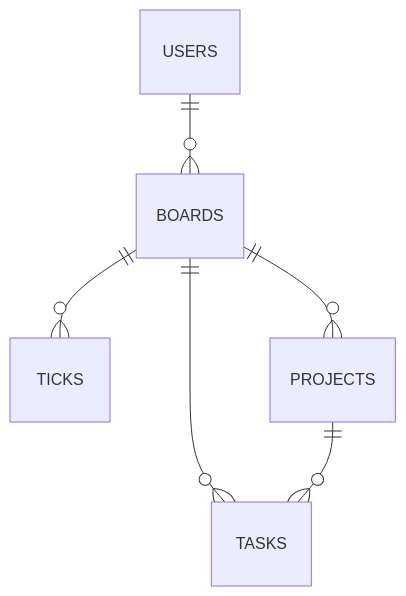
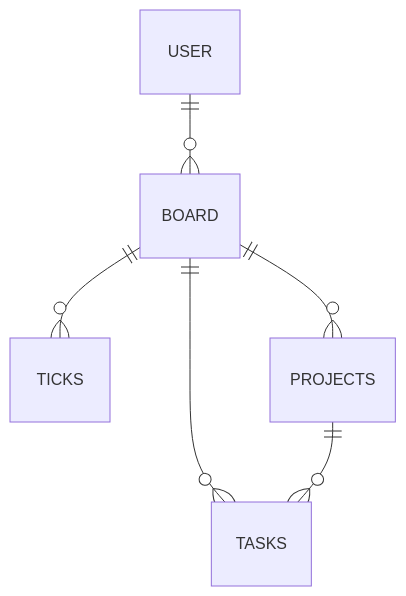
The first of 2 diagrams in README.md (lmckinley09/CoE-Todo), drawn with Mermaid before and after one commit. The commit also changed other lines of this file, not shown here.

````diff
--- a/README.md
+++ b/README.md
@@ -35,8 +35,8 @@
 ```mermaid
 erDiagram
- USERS ||--o{ BOARDS : ""
- BOARDS ||--o{ TICKS : ""
- BOARDS ||--o{ TASKS : ""
- BOARDS ||--o{ PROJECTS : ""
+ USER ||--o{ BOARD : ""
+ BOARD ||--o{ TICKS : ""
+ BOARD ||--o{ TASKS : ""
+ BOARD ||--o{ PROJECTS : ""
  PROJECTS ||--o{ TASKS : ""
 ```
````
